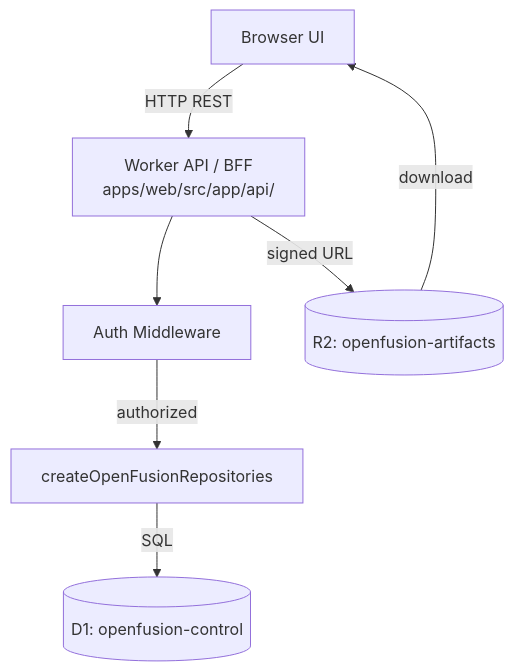
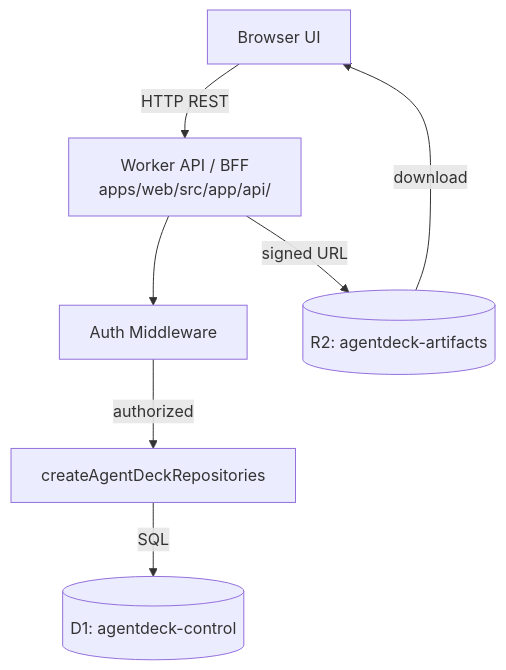
One commit to itsVijayCoder/agentDeck changed the diagram in Docs/PHASES/PHASE_02_CONTROL_PLANE.md. Above: the diagram before and after it, drawn with Mermaid. The commit also changed other lines of this file and 86 other files, not shown here.

First line of the commit message:
refactor: rename project from openfusion to AgentDeck

````diff
--- a/Docs/PHASES/PHASE_02_CONTROL_PLANE.md
+++ b/Docs/PHASES/PHASE_02_CONTROL_PLANE.md
@@ -36,16 +36,16 @@
 ```mermaid
 flowchart TB
   Browser[Browser UI]
   API[Worker API / BFF<br/>apps/web/src/app/api/]
   Auth[Auth Middleware]
-  Repos[createOpenFusionRepositories]
-  D1[(D1: openfusion-control)]
-  R2[(R2: openfusion-artifacts)]
+  Repos[createAgentDeckRepositories]
+  D1[(D1: agentdeck-control)]
+  R2[(R2: agentdeck-artifacts)]
 
   Browser -->|HTTP REST| API
   API --> Auth
   Auth -->|authorized| Repos
   Repos -->|SQL| D1
   API -->|signed URL| R2
   R2 -->|download| Browser
 ```
````
